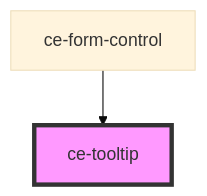
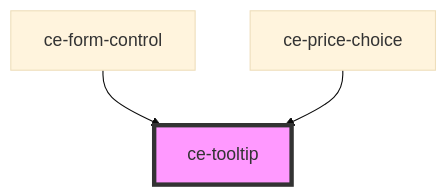
Before and after one commit to surecart/surecart-wp-plugin: the diagram in packages/components/src/components/ui/tooltip/readme.md, drawn with Mermaid (base theme). The commit also changed other lines of this file and 60 other files, not shown here.

````diff
--- a/packages/components/src/components/ui/tooltip/readme.md
+++ b/packages/components/src/components/ui/tooltip/readme.md
@@ -34,5 +35,6 @@
 ```mermaid
 graph TD;
   ce-form-control --> ce-tooltip
+  ce-price-choice --> ce-tooltip
   style ce-tooltip fill:#f9f,stroke:#333,stroke-width:4px
 ```
````
